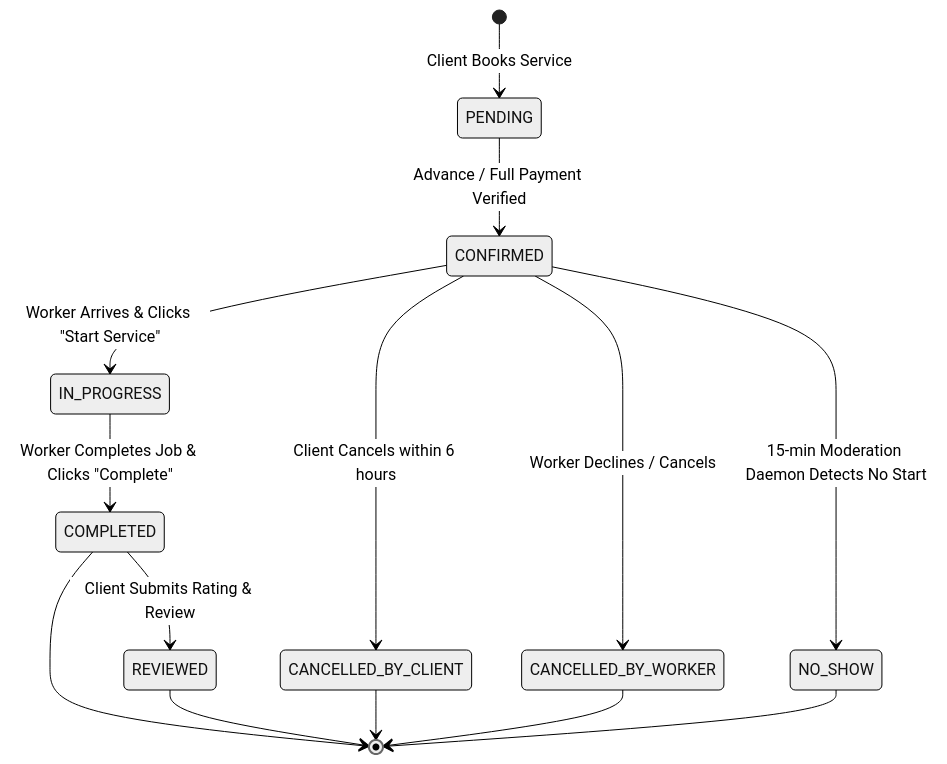
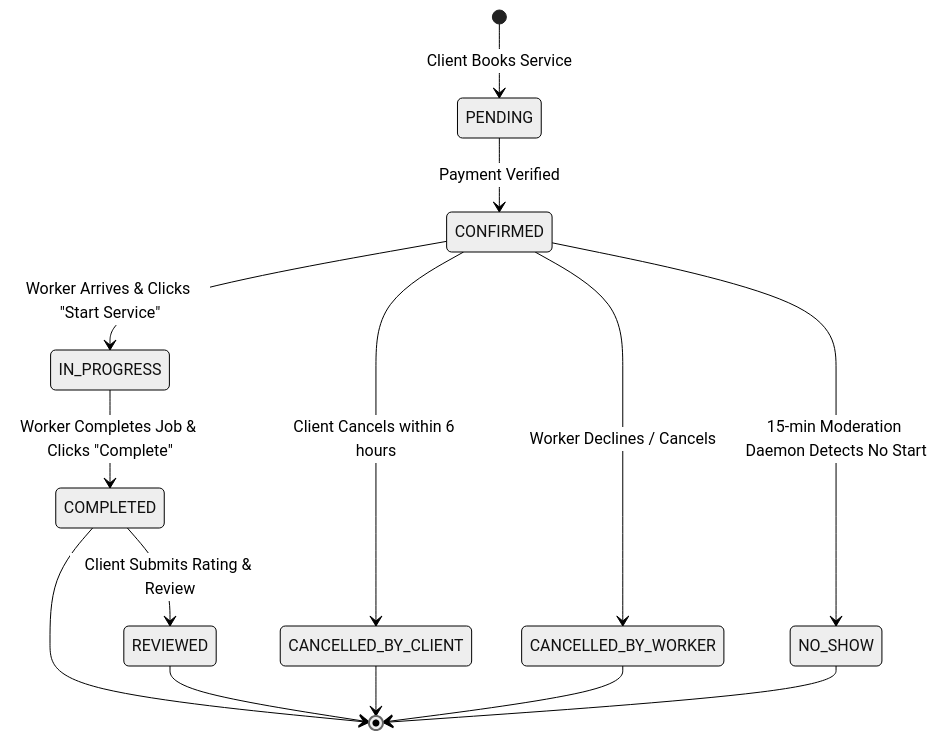
Before and after one commit to Adharshs07/Nest-and-Nail: the eighth of 16 diagrams in README.md, drawn with Mermaid (neutral theme). The commit also changed other lines of this file, not shown here.

````diff
--- a/README.md
+++ b/README.md
@@ -578,18 +485,18 @@
 ```mermaid
 stateDiagram-v2
     [*] --> PENDING: Client Books Service
-    PENDING --> CONFIRMED: Advance / Full Payment Verified
+    PENDING --> CONFIRMED: Payment Verified
     CONFIRMED --> IN_PROGRESS: Worker Arrives & Clicks "Start Service"
     IN_PROGRESS --> COMPLETED: Worker Completes Job & Clicks "Complete"
     
     CONFIRMED --> CANCELLED_BY_CLIENT: Client Cancels within 6 hours
     CONFIRMED --> CANCELLED_BY_WORKER: Worker Declines / Cancels
     CONFIRMED --> NO_SHOW: 15-min Moderation Daemon Detects No Start
     
     COMPLETED --> REVIEWED: Client Submits Rating & Review
     COMPLETED --> [*]
     REVIEWED --> [*]
     CANCELLED_BY_CLIENT --> [*]
     CANCELLED_BY_WORKER --> [*]
     NO_SHOW --> [*]
 ```
````
